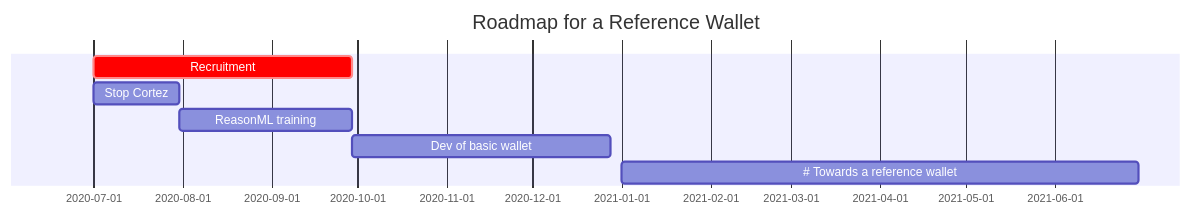
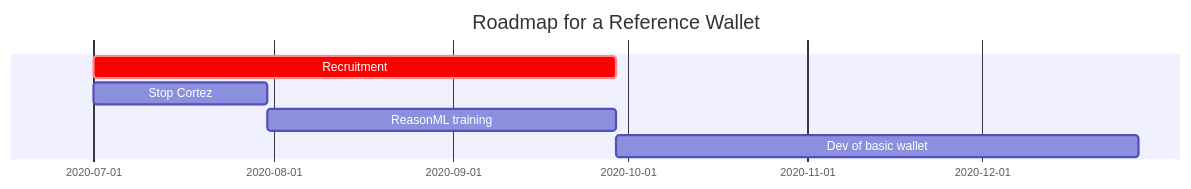
Before and after one commit to trilitech/umami-v1: the diagram in docs/artifacts/plan_for_TAC_01_06_2020.md, drawn with Mermaid.

Commit message:
Fix for graph dates

````diff
--- a/docs/artifacts/plan_for_TAC_01_06_2020.md
+++ b/docs/artifacts/plan_for_TAC_01_06_2020.md
@@ -64,10 +64,8 @@
 ```mermaid
 gantt
     title Roadmap for a Reference Wallet
-    dateFormat YYYY-MM
     Recruitment          :crit, a1, 2020-07-01, 90d
     Stop Cortez    :a2, 2020-07-01 , 30d
     ReasonML training :after a2, 60d
     Dev of basic wallet :a4, after a1, 90d
-#   Towards a reference wallet :a5, 2021-01-01, 180d
 ```
````
